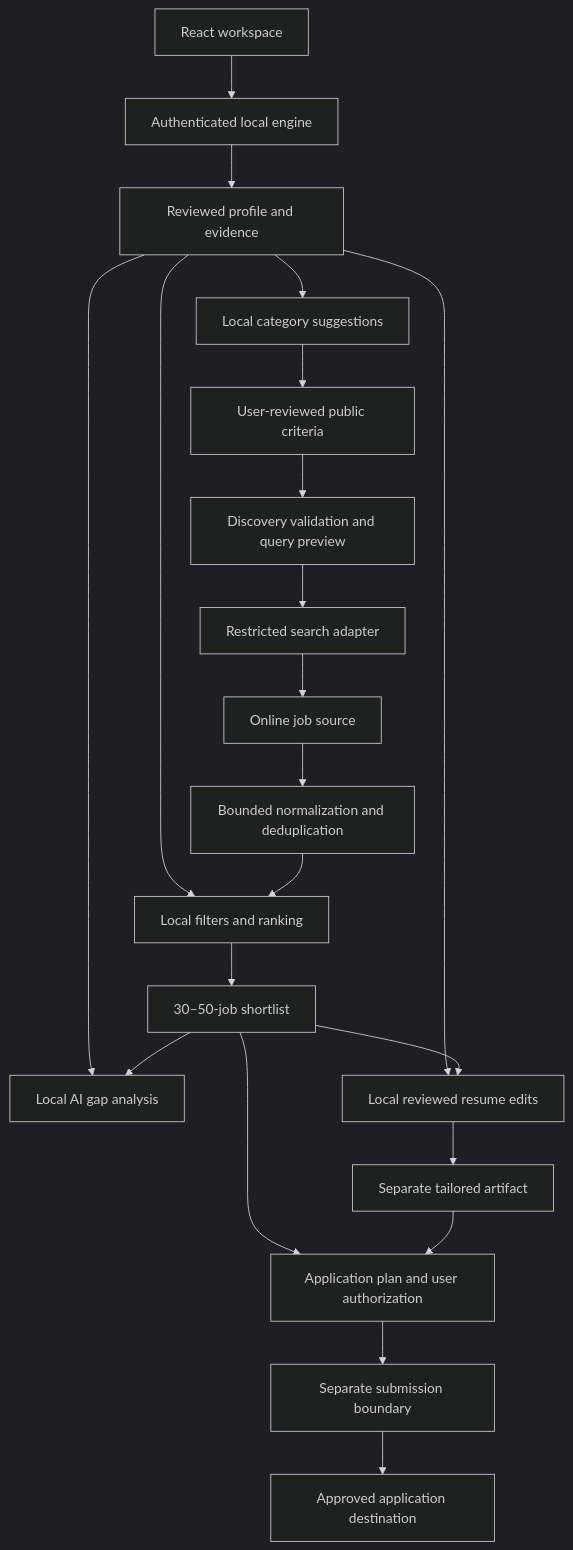
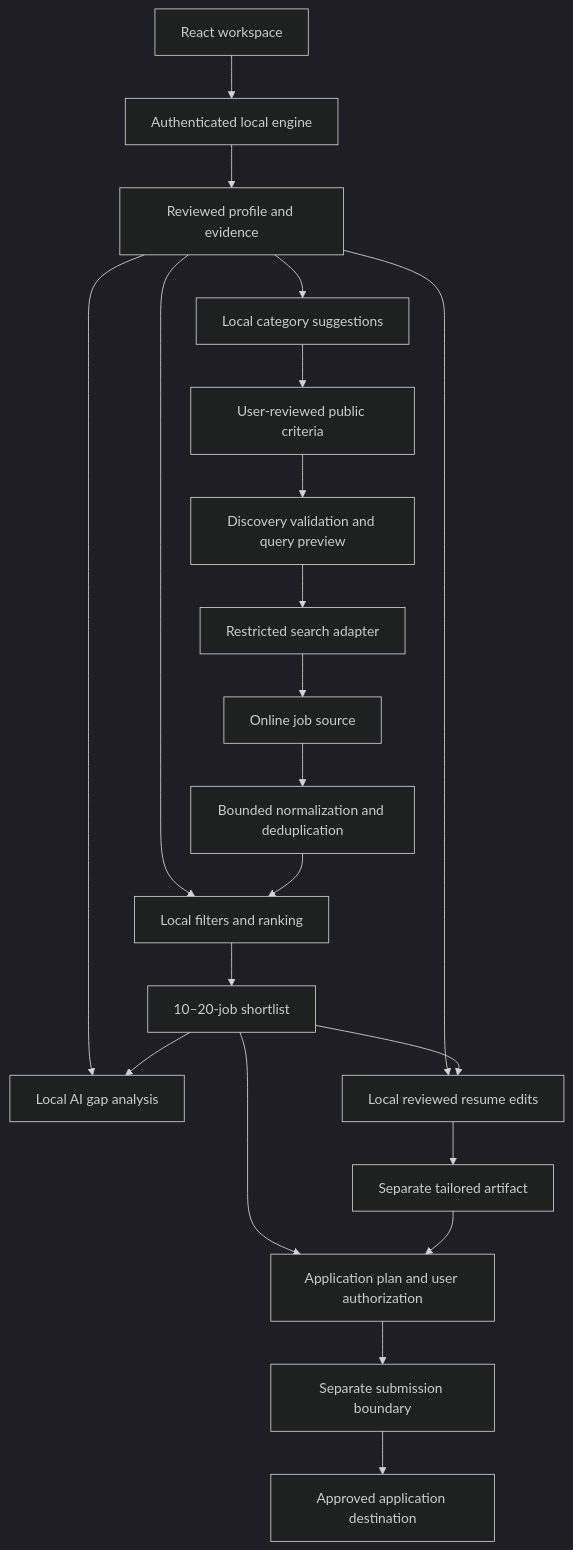
The diagram in docs/architecture/0007-assisted-discovery-and-applications.md (nikhil-m-v/jobscout-local), drawn with Mermaid (dark theme) before and after one commit. The commit also changed other lines of this file and 66 other files, not shown here.

````diff
--- a/docs/architecture/0007-assisted-discovery-and-applications.md
+++ b/docs/architecture/0007-assisted-discovery-and-applications.md
@@ -9,23 +10,23 @@
 ```mermaid
 flowchart TD
   UI[React workspace] --> API[Authenticated local engine]
   API --> Profile[Reviewed profile and evidence]
   Profile --> Suggest[Local category suggestions]
   Suggest --> Review[User-reviewed public criteria]
   Review --> Boundary[Discovery validation and query preview]
   Boundary --> Search[Restricted search adapter]
   Search --> Provider[Online job source]
   Provider --> Normalize[Bounded normalization and deduplication]
   Normalize --> Rank[Local filters and ranking]
   Profile --> Rank
-  Rank --> Shortlist[30–50-job shortlist]
+  Rank --> Shortlist[10–20-job shortlist]
   Shortlist --> Gaps[Local AI gap analysis]
   Profile --> Gaps
   Shortlist --> Tailor[Local reviewed resume edits]
   Profile --> Tailor
   Tailor --> Artifact[Separate tailored artifact]
   Artifact --> Plan[Application plan and user authorization]
   Shortlist --> Plan
   Plan --> Submit[Separate submission boundary]
   Submit --> Employer[Approved application destination]
 ```
````
